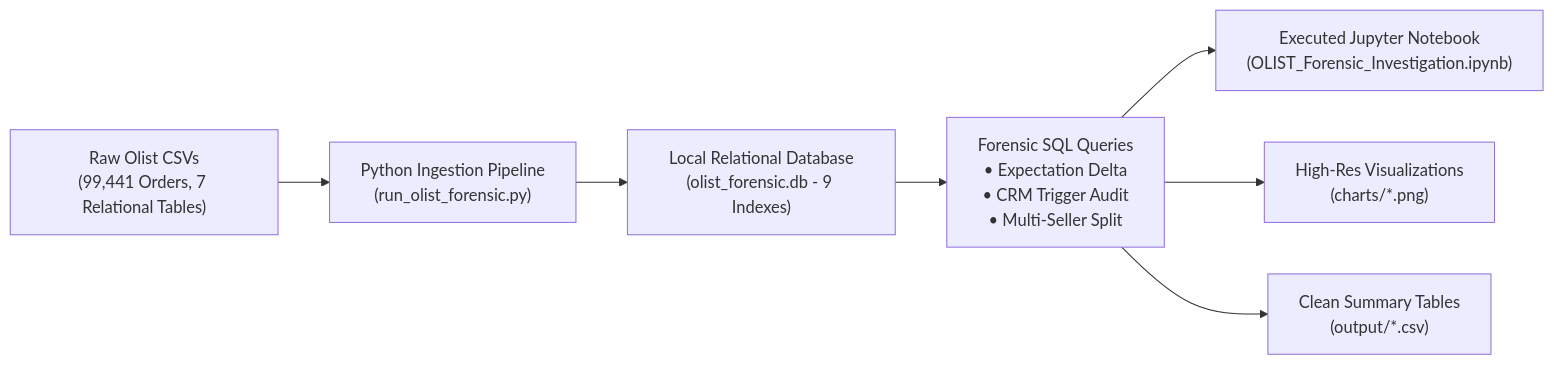
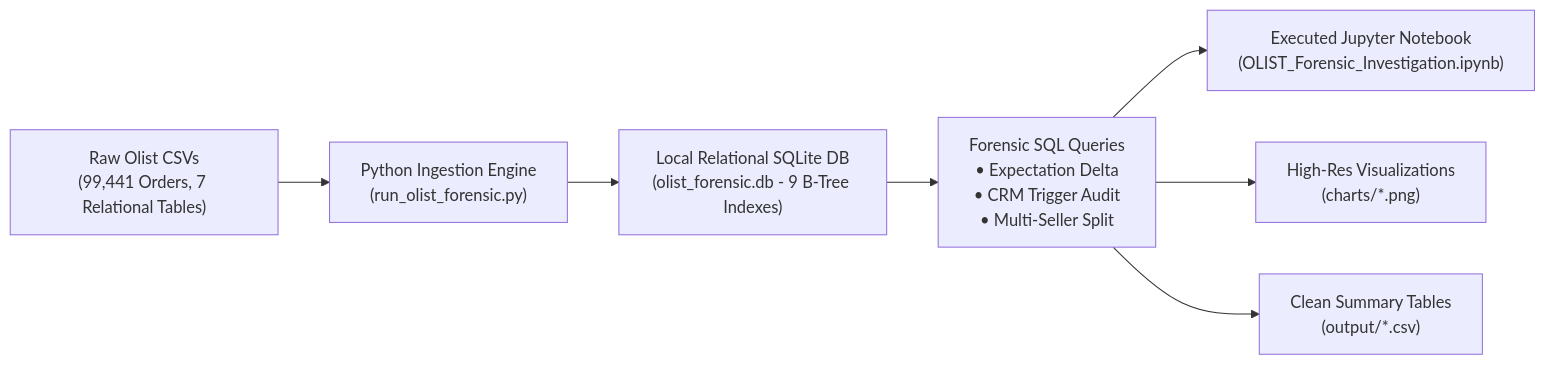
One commit to saroopmandal-arch/OLIST-Analysis changed the diagram in README.md. Above: the diagram before and after it, drawn with Mermaid. The commit also changed other lines of this file and 4 other files, not shown here.

````diff
--- a/README.md
+++ b/README.md
@@ -35,9 +40,9 @@
 ```mermaid
 flowchart LR
-    A["Raw Olist CSVs<br/>(99,441 Orders, 7 Relational Tables)"] --> B["Python Ingestion Pipeline<br/>(run_olist_forensic.py)"]
-    B --> C["Local Relational Database<br/>(olist_forensic.db - 9 Indexes)"]
+    A["Raw Olist CSVs<br/>(99,441 Orders, 7 Relational Tables)"] --> B["Python Ingestion Engine<br/>(run_olist_forensic.py)"]
+    B --> C["Local Relational SQLite DB<br/>(olist_forensic.db - 9 B-Tree Indexes)"]
     C --> D["Forensic SQL Queries<br/>• Expectation Delta<br/>• CRM Trigger Audit<br/>• Multi-Seller Split"]
     D --> E["Executed Jupyter Notebook<br/>(OLIST_Forensic_Investigation.ipynb)"]
     D --> F["High-Res Visualizations<br/>(charts/*.png)"]
     D --> G["Clean Summary Tables<br/>(output/*.csv)"]
 ```
````
